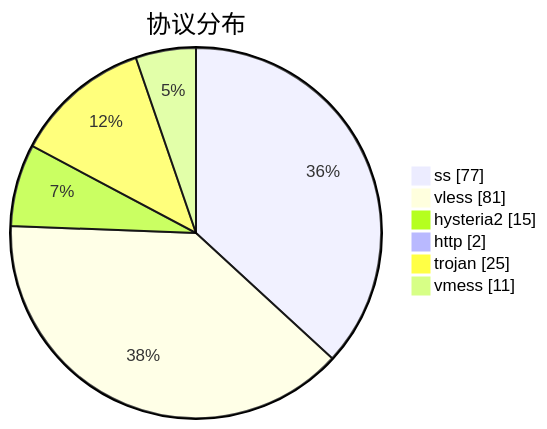
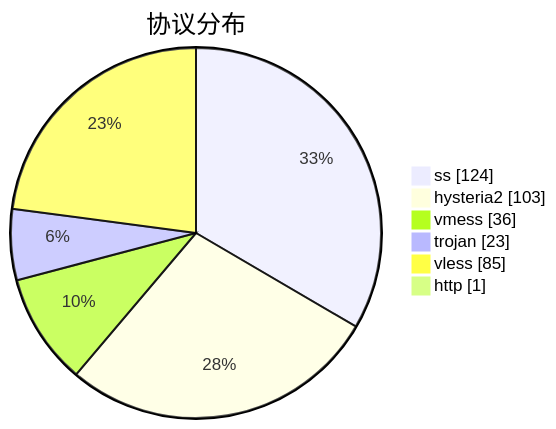
One commit to sinspired/airport changed the third of 3 diagrams in subs/statistics/tested_within.md. Above: the diagram before and after it, drawn with Mermaid. The commit also changed other lines of this file and 2 other files, not shown here.

````diff
--- a/subs/statistics/tested_within.md
+++ b/subs/statistics/tested_within.md
@@ -43,10 +51,10 @@
 ```mermaid
 pie showData
 title 协议分布
-"ss" : 77
-"vless" : 81
-"hysteria2" : 15
-"http" : 2
-"trojan" : 25
-"vmess" : 11
+"ss" : 124
+"hysteria2" : 103
+"vmess" : 36
+"trojan" : 23
+"vless" : 85
+"http" : 1
 ```
````
